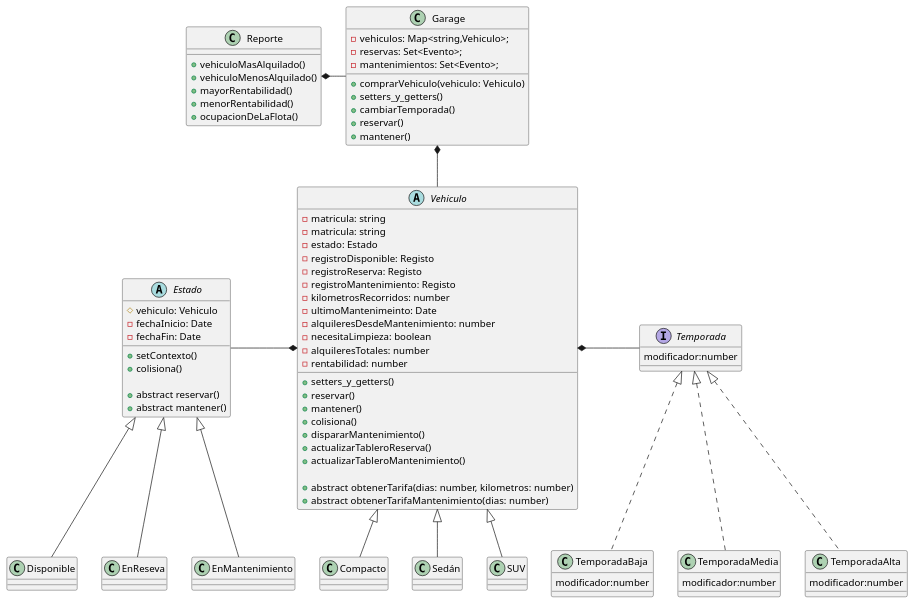
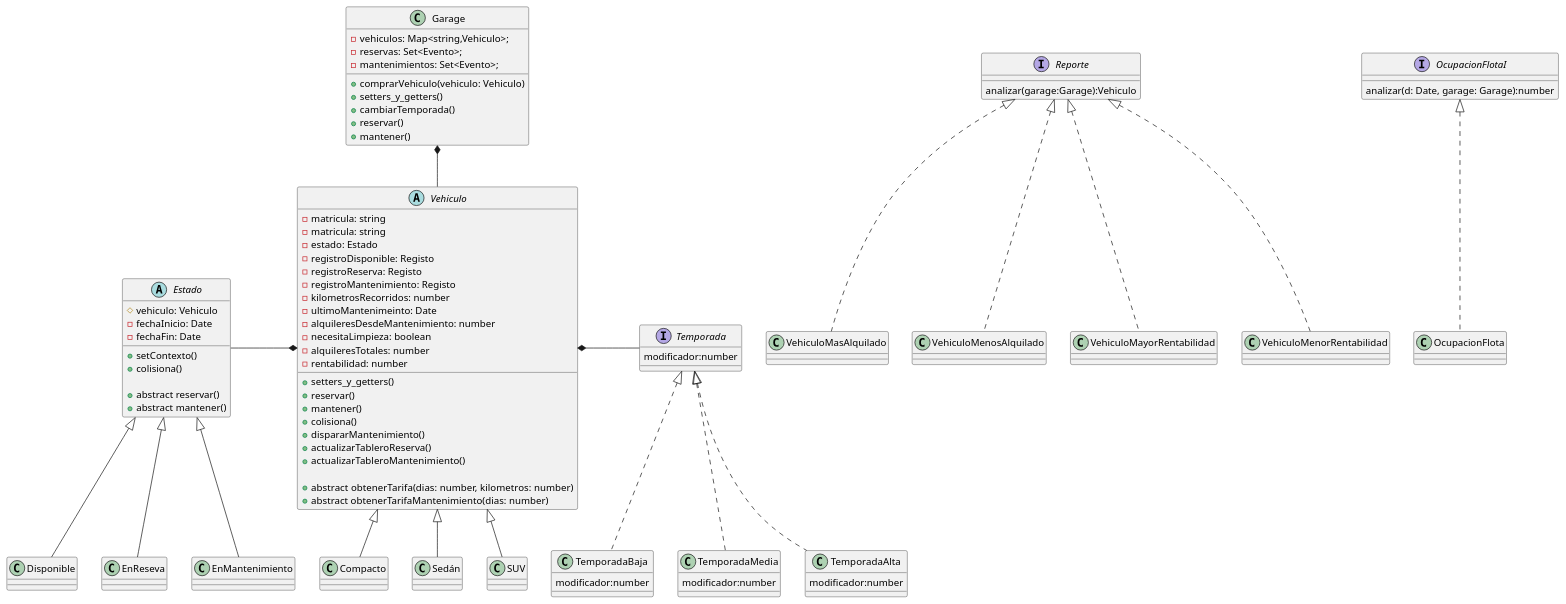
One commit to AlejoSuarez-37/Trabajo-Practico-Grupo16 changed the diagram in diagramas/clases/clases.puml. Above: the diagram before and after it, drawn with PlantUML. The commit also changed 12 other files, not shown here.

```diff
--- a/diagramas/clases/clases.puml
+++ b/diagramas/clases/clases.puml
@@ -1,115 +1,117 @@
 @startuml Diagrama de clases
 class Garage {
     - vehiculos: Map<string,Vehiculo>;
     - reservas: Set<Evento>;
     - mantenimientos: Set<Evento>;
     
     + comprarVehiculo(vehiculo: Vehiculo)
     + setters_y_getters()
     + cambiarTemporada()
     + reservar()
     + mantener()
 }
 
 abstract class Vehiculo {
     - matricula: string
     - matricula: string
     - estado: Estado
     - registroDisponible: Registo
     - registroReserva: Registo
     - registroMantenimiento: Registo
     - kilometrosRecorridos: number
     - ultimoMantenimeinto: Date
     - alquileresDesdeMantenimiento: number
     - necesitaLimpieza: boolean
     - alquileresTotales: number
     - rentabilidad: number
 
     + setters_y_getters()
     + reservar()
     + mantener()
     + colisiona()
     + dispararMantenimiento()
     + actualizarTableroReserva()
     + actualizarTableroMantenimiento()
 
     + abstract obtenerTarifa(dias: number, kilometros: number)
     + abstract obtenerTarifaMantenimiento(dias: number)
 }
 
 class Compacto {
 
 }
 class Sedán {
 
 }
 class SUV {
 
 }
 
 abstract class Estado{
     # vehiculo: Vehiculo
     - fechaInicio: Date
     - fechaFin: Date
 
     + setContexto()
     + colisiona()
 
     + abstract reservar()
     + abstract mantener()
 }
 
 class Disponible {
 
 }
 class EnReseva {
 
 }
 class EnMantenimiento {
 
 }
 
-class Reporte {
-    + vehiculoMasAlquilado()
-    + vehiculoMenosAlquilado()
-    + mayorRentabilidad()
-    + menorRentabilidad()
-    + ocupacionDeLaFlota()
+
+interface Reporte {
+    analizar(garage:Garage):Vehiculo
 }
+class VehiculoMasAlquilado implements Reporte {}
+class VehiculoMenosAlquilado implements Reporte {}
+class VehiculoMayorRentabilidad implements Reporte {}
+class VehiculoMenorRentabilidad implements Reporte {}
+
+interface OcupacionFlotaI {
+    analizar(d: Date, garage: Garage):number
+}
+class OcupacionFlota implements OcupacionFlotaI {}
+
 
 interface Temporada {
     modificador:number
 }
 class TemporadaBaja implements Temporada{
     modificador:number
 }
 class TemporadaMedia implements Temporada{
     modificador:number  
 }
 class TemporadaAlta implements Temporada{
     modificador:number
 }
 
 
 ' Relaciones
 
 
 Garage *-d- Vehiculo
 
 Vehiculo <|-- Compacto
 Vehiculo <|-- Sedán
 Vehiculo <|-- SUV
 
 Vehiculo *-r- Temporada
 Vehiculo *-l- Estado
 
 Estado <|-- Disponible
 Estado <|-- EnReseva
 Estado <|-- EnMantenimiento
 
-Reporte *-r- Garage
-
-
-
-
 @enduml
```
